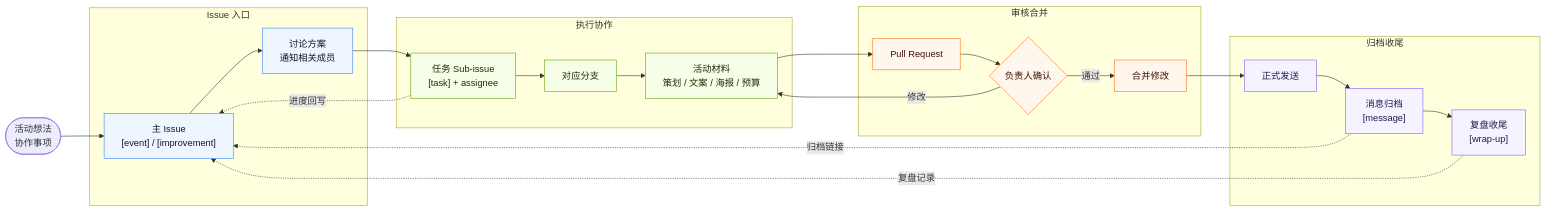
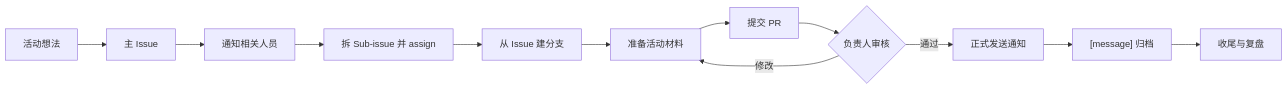
Before and after one commit to BETA-SDC/community: the diagram in docs/procedures/event-creation-workflow.zh.md, drawn with Mermaid. The commit also changed other lines of this file and 7 other files, not shown here.

````diff
--- a/docs/procedures/event-creation-workflow.zh.md
+++ b/docs/procedures/event-creation-workflow.zh.md
@@ -52,44 +36,14 @@
 ```mermaid
 flowchart LR
-    start(["活动想法<br/>协作事项"])
-
-    subgraph issue["Issue 入口"]
-        main["主 Issue<br/>[event] / [improvement]"]
-        discuss["讨论方案<br/>通知相关成员"]
-    end
-
-    subgraph work["执行协作"]
-        task["任务 Sub-issue<br/>[task] + assignee"]
-        branch["对应分支"]
-        materials["活动材料<br/>策划 / 文案 / 海报 / 预算"]
-    end
-
-    subgraph review["审核合并"]
-        pr["Pull Request"]
-        check{"负责人确认"}
-        merge["合并修改"]
-    end
-
-    subgraph archive["归档收尾"]
-        send["正式发送"]
-        message["消息归档<br/>[message]"]
-        wrap["复盘收尾<br/>[wrap-up]"]
-    end
-
-    start --> main --> discuss --> task
-    task --> branch --> materials --> pr --> check
-    check -- 修改 --> materials
-    check -- 通过 --> merge --> send --> message --> wrap
-    task -. 进度回写 .-> main
-    message -. 归档链接 .-> main
-    wrap -. 复盘记录 .-> main
-
-    classDef entry fill:#eef6ff,stroke:#3b82f6,color:#0f172a
-    classDef workStyle fill:#f7fee7,stroke:#65a30d,color:#1a2e05
-    classDef reviewStyle fill:#fff7ed,stroke:#f97316,color:#431407
-    classDef archiveStyle fill:#f5f3ff,stroke:#8b5cf6,color:#1e1b4b
-    class main,discuss entry
-    class task,branch,materials workStyle
-    class pr,check,merge reviewStyle
-    class send,message,wrap archiveStyle
+    idea["活动想法"] --> issue["主 Issue"]
+    issue --> notify["通知相关人员"]
+    notify --> tasks["拆 Sub-issue 并 assign"]
+    tasks --> branch["从 Issue 建分支"]
+    branch --> materials["准备活动材料"]
+    materials --> pr["提交 PR"]
+    pr --> review{"负责人审核"}
+    review -- 修改 --> materials
+    review -- 通过 --> send["正式发送通知"]
+    send --> archive["[message] 归档"]
+    archive --> wrap["收尾与复盘"]
 ```
````
